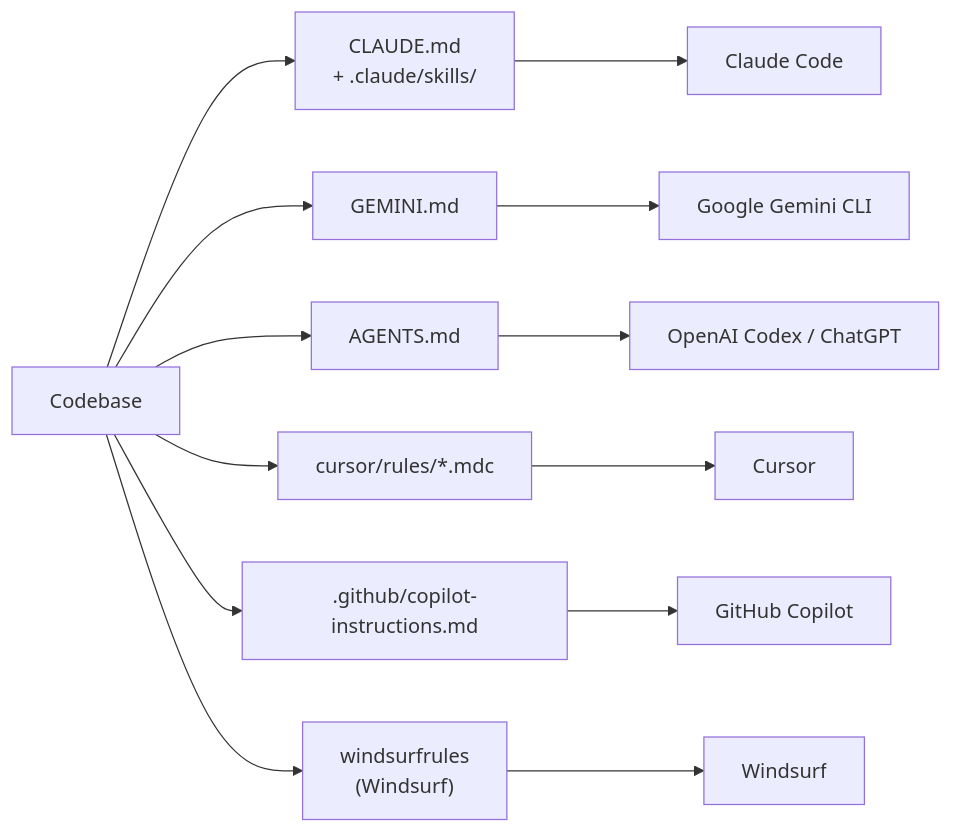
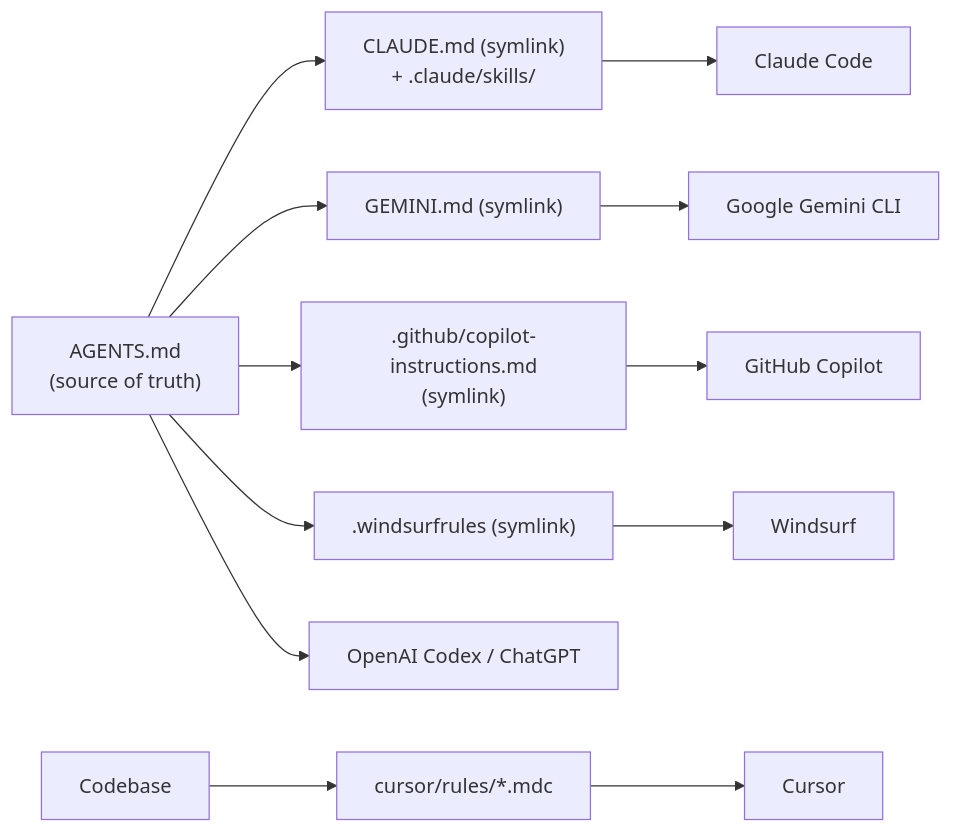
One commit to KhaledSaeed18/node-express-boilerplate changed diagram 13 of 13 in README.md. Above: the diagram before and after it, drawn with Mermaid. The commit also changed other lines of this file and 81 other files, not shown here.

First line of the commit message:
chore(agents): unify agent instructions via symlinks and restructure skills

````diff
--- a/README.md
+++ b/README.md
@@ -848,16 +850,15 @@
 ```mermaid
 flowchart LR
-    Codebase["Codebase"] --> C["CLAUDE.md\n+ .claude/skills/"]
-    Codebase --> G["GEMINI.md"]
-    Codebase --> A["AGENTS.md"]
-    Codebase --> CU["cursor/rules/*.mdc"]
-    Codebase --> CO[".github/copilot-instructions.md"]
-    Codebase --> W["windsurfrules\n(Windsurf)"]
+    A["AGENTS.md\n(source of truth)"] --> C["CLAUDE.md (symlink)\n+ .claude/skills/"]
+    A --> G["GEMINI.md (symlink)"]
+    A --> CO[".github/copilot-instructions.md\n(symlink)"]
+    A --> W[".windsurfrules (symlink)"]
+    Codebase["Codebase"] --> CU["cursor/rules/*.mdc"]
 
     C --> ClaudeCode["Claude Code"]
     G --> Gemini["Google Gemini CLI"]
     A --> OpenAI["OpenAI Codex / ChatGPT"]
     CU --> Cursor["Cursor"]
     CO --> Copilot["GitHub Copilot"]
     W --> Windsurf["Windsurf"]
 ```
````
